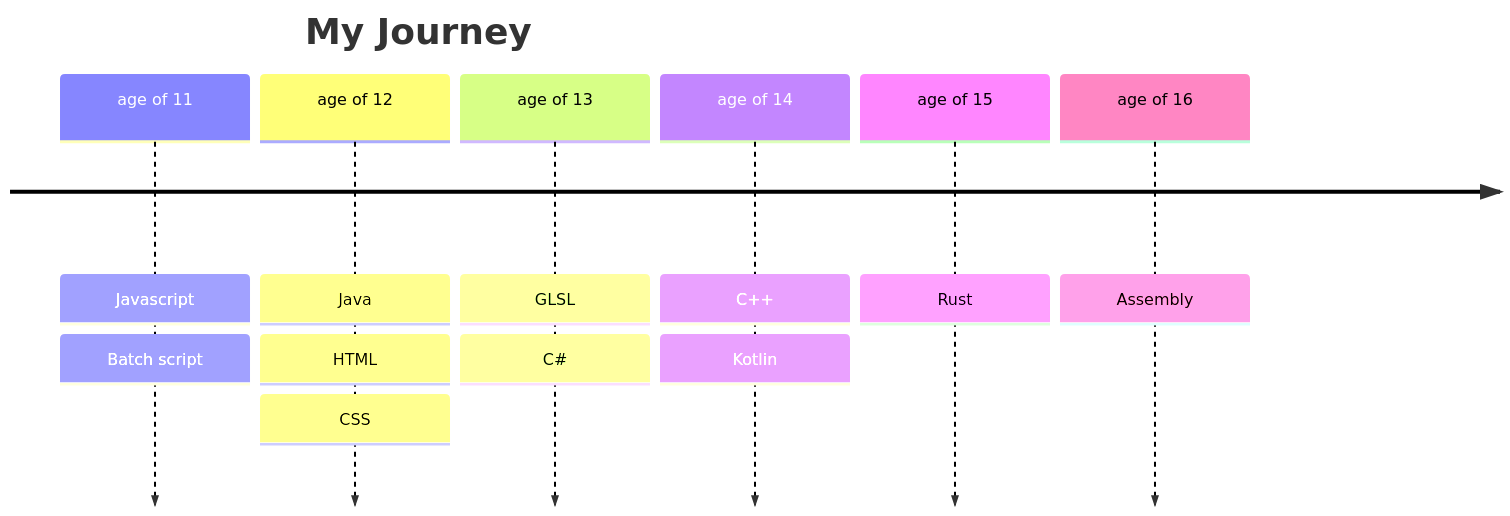
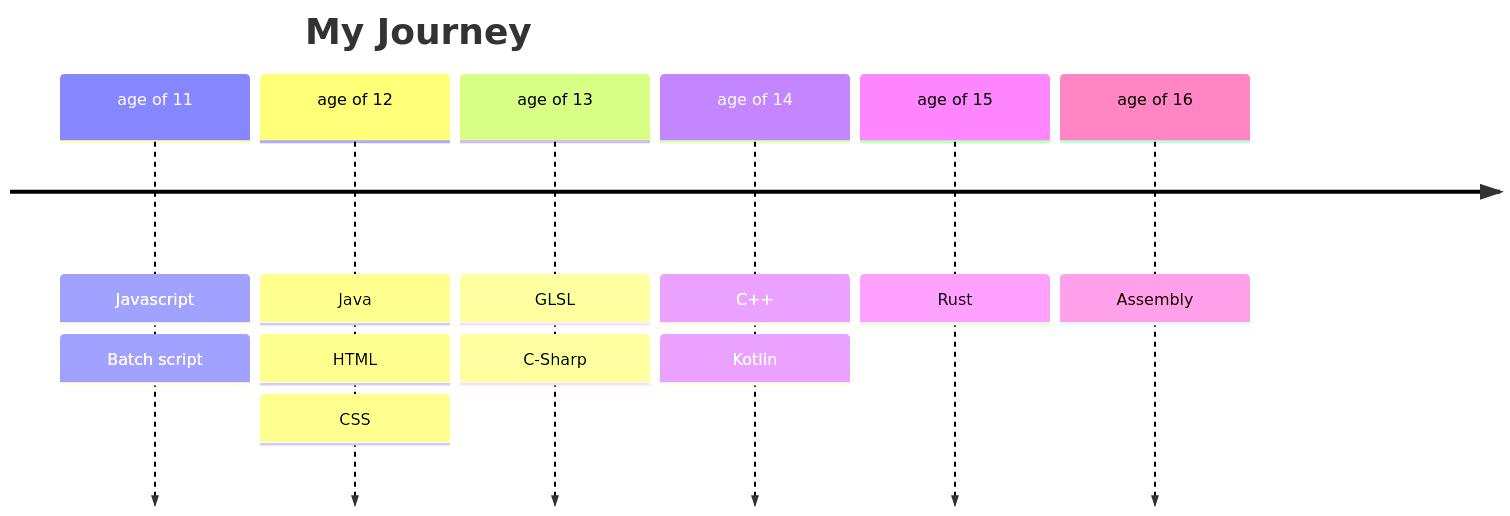
One commit to Snowiiii/Snowiiii changed the diagram in README.md. Above: the diagram before and after it, drawn with Mermaid.

````diff
--- a/README.md
+++ b/README.md
@@ -10,15 +10,15 @@
 ```mermaid
 timeline
 title My Journey
 age of 11 : Javascript
 : Batch script
 age of 12 : Java
 : HTML
 : CSS
 age of 13 : GLSL
-: C#
+: C-Sharp
 age of 14 : C++
 : Kotlin
 age of 15 : Rust
 age of 16 : Assembly
 ```
````
